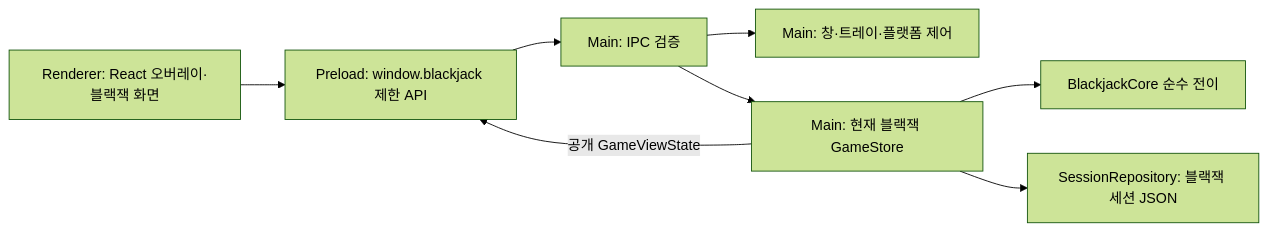
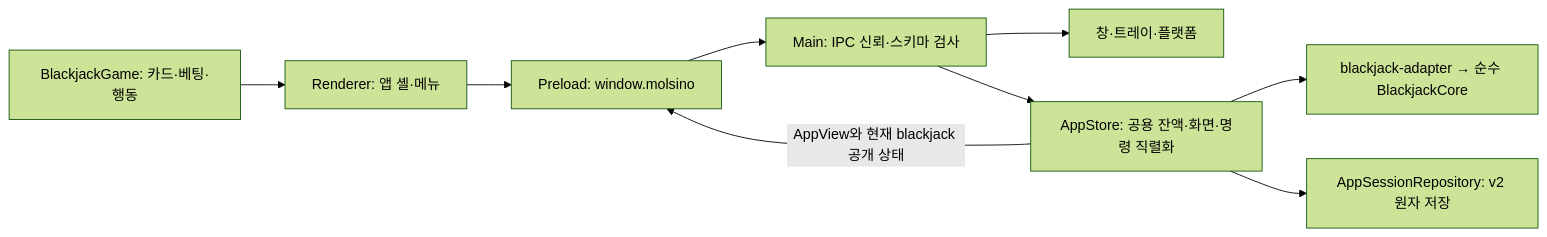
Before and after one commit to wooing1084/molsino: the diagram in docs/main/technical-design.md, drawn with Mermaid (forest theme). The commit also changed other lines of this file and 48 other files, not shown here.

Commit message:
feat: separate app menu and shared session from blackjack

````diff
--- a/docs/main/technical-design.md
+++ b/docs/main/technical-design.md
@@ -71,10 +71,11 @@
 ```mermaid
 flowchart LR
-    R[Renderer: React 오버레이·블랙잭 화면] --> P[Preload: window.blackjack 제한 API]
-    P --> I[Main: IPC 검증]
-    I --> W[Main: 창·트레이·플랫폼 제어]
-    I --> G[Main: 현재 블랙잭 GameStore]
-    G --> C[BlackjackCore 순수 전이]
-    G --> S[SessionRepository: 블랙잭 세션 JSON]
-    G -->|공개 GameViewState| P
+    R[Renderer: 앱 셸·메뉴] --> P[Preload: window.molsino]
+    B[BlackjackGame: 카드·베팅·행동] --> R
+    P --> I[Main: IPC 신뢰·스키마 검사]
+    I --> W[창·트레이·플랫폼]
+    I --> A[AppStore: 공용 잔액·화면·명령 직렬화]
+    A --> C[blackjack-adapter → 순수 BlackjackCore]
+    A --> S[AppSessionRepository: v2 원자 저장]
+    A -->|AppView와 현재 blackjack 공개 상태| P
 ```
````
